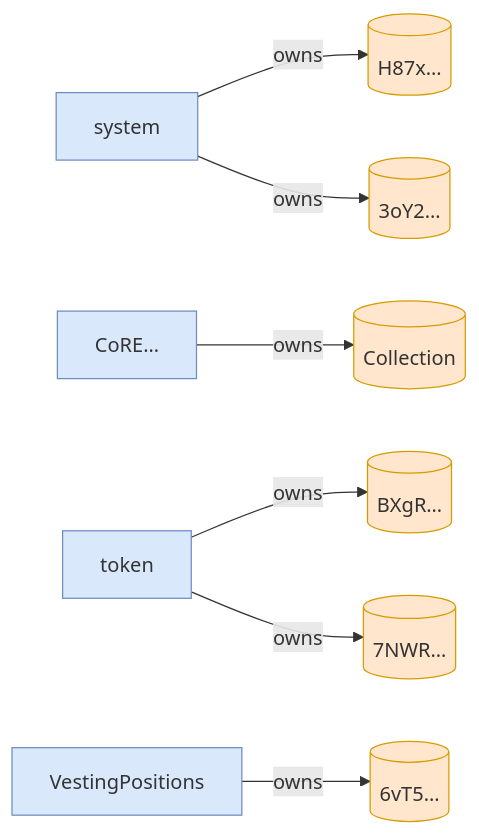
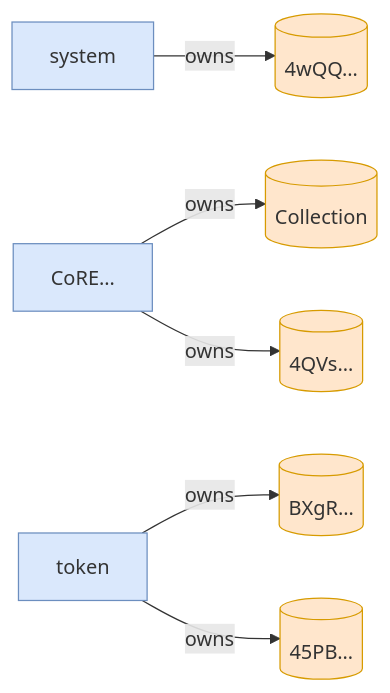
Before and after one commit to cds-turbin3/vesting-position: the third of 3 diagrams in babelfish-tests/test-report/clawback_requires_creator.md, drawn with Mermaid. The commit also changed other lines of this file and 50 other files, not shown here.

````diff
--- a/babelfish-tests/test-report/clawback_requires_creator.md
+++ b/babelfish-tests/test-report/clawback_requires_creator.md
@@ -67,22 +34,19 @@
 ```mermaid
 flowchart LR
     system["system"]:::program
-    H87x[("H87x…")]:::state
+    4wQQ[("4wQQ…")]:::state
     CoRE["CoRE…"]:::program
     Collection[("Collection")]:::state
+    4QVs[("4QVs…")]:::state
     token["token"]:::program
     BXgR[("BXgR…")]:::state
-    7NWR[("7NWR…")]:::state
-    3oY2[("3oY2…")]:::state
-    VestingPositions["VestingPositions"]:::program
-    6vT5[("6vT5…")]:::state
-    system -->|owns| H87x
+    45PB[("45PB…")]:::state
+    system -->|owns| 4wQQ
     CoRE -->|owns| Collection
+    CoRE -->|owns| 4QVs
     token -->|owns| BXgR
-    token -->|owns| 7NWR
-    system -->|owns| 3oY2
-    VestingPositions -->|owns| 6vT5
+    token -->|owns| 45PB
     classDef program fill:#dae8fc,stroke:#6c8ebf;
     classDef signer fill:#d5e8d4,stroke:#82b366;
     classDef state fill:#ffe6cc,stroke:#d79b00;
 ```
````
